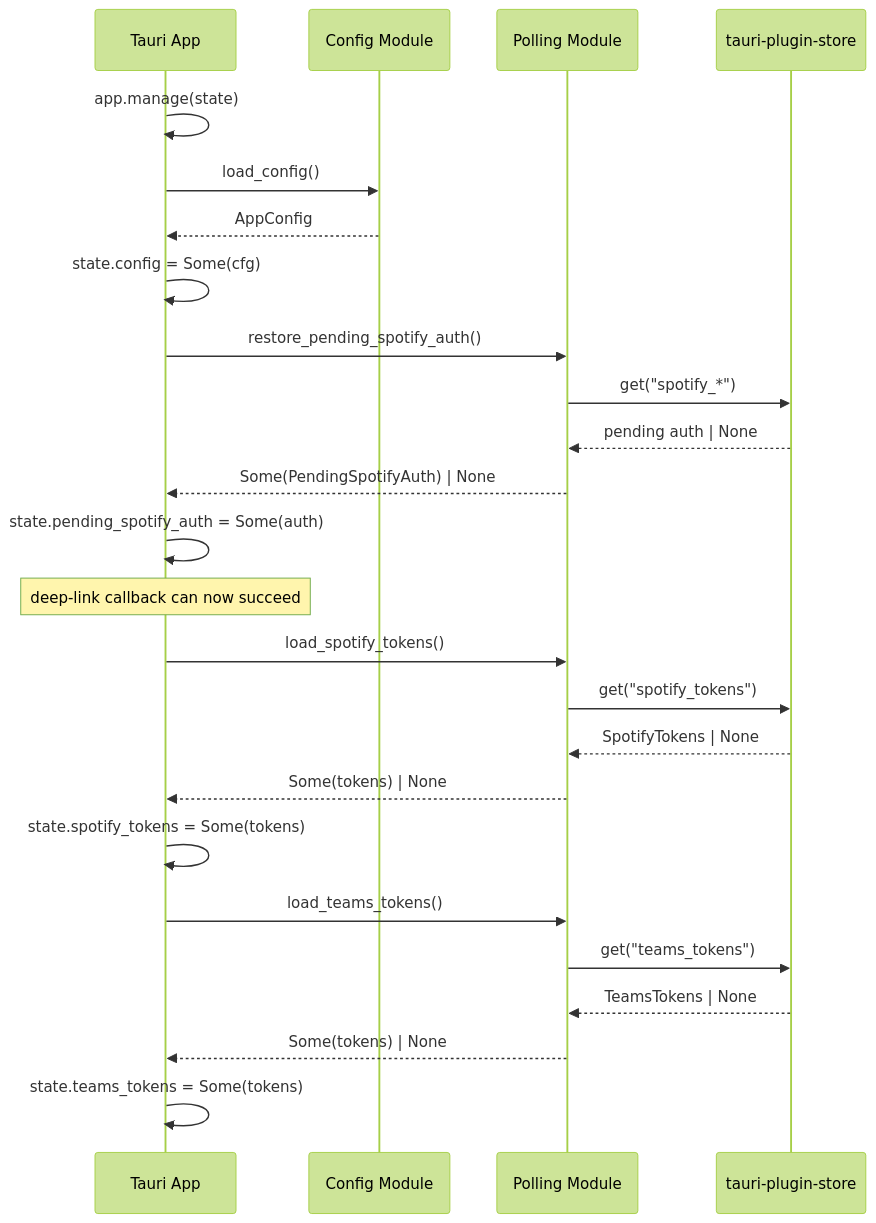
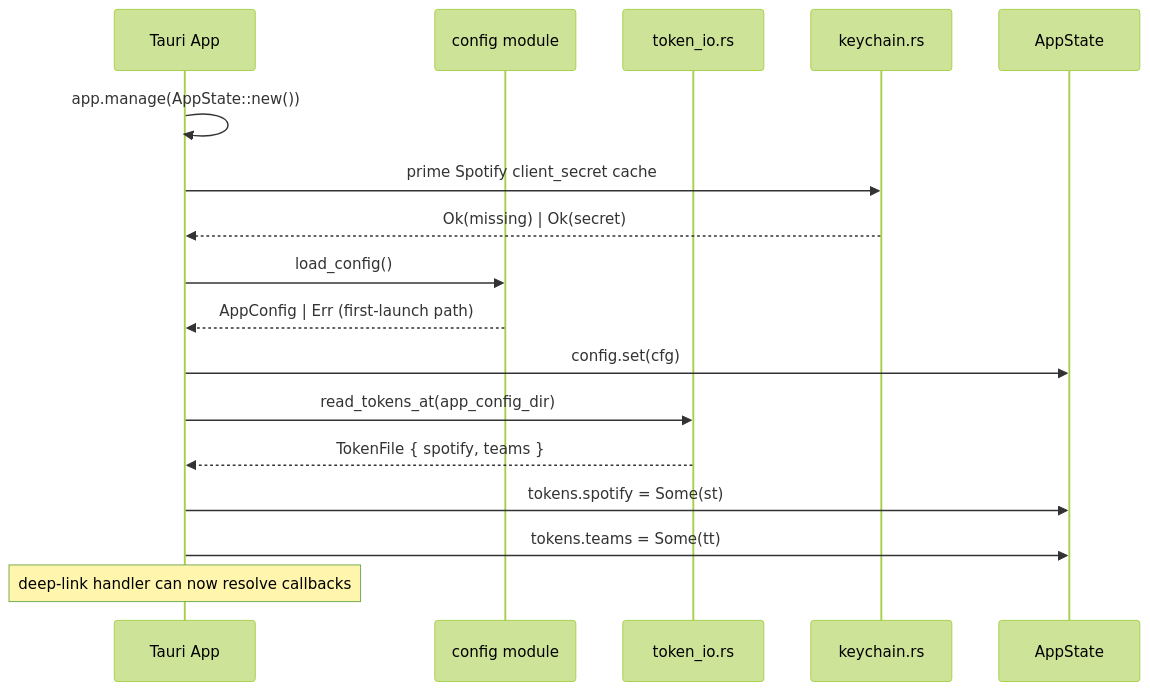
One commit to Carme99/PresenceJam-Desktop changed the fifth of 8 diagrams in ARCHITECTURE.md. Above: the diagram before and after it, drawn with Mermaid (forest theme). The commit also changed other lines of this file, not shown here.

First line of the commit message:
docs(architecture): rewrite to reflect v2.7.0–v2.8.0 codebase reality

````diff
--- a/ARCHITECTURE.md
+++ b/ARCHITECTURE.md
@@ -150,28 +181,20 @@
 ```mermaid
 sequenceDiagram
     participant App as Tauri App
-    participant Config as Config Module
-    participant Polling as Polling Module
-    participant Store as tauri-plugin-store
-    
-    App->>App: app.manage(state)
+    participant Config as config module
+    participant TokenIO as token_io.rs
+    participant Keychain as keychain.rs
+    participant State as AppState
+
+    App->>App: app.manage(AppState::new())
+    App->>Keychain: prime Spotify client_secret cache
+    Keychain-->>App: Ok(missing) | Ok(secret)
     App->>Config: load_config()
-    Config-->>App: AppConfig
-    App->>App: state.config = Some(cfg)
-    App->>Polling: restore_pending_spotify_auth()
-    Polling->>Store: get("spotify_*")
-    Store-->>Polling: pending auth | None
-    Polling-->>App: Some(PendingSpotifyAuth) | None
-    App->>App: state.pending_spotify_auth = Some(auth)
-    Note over App: deep-link callback can now succeed
-    App->>Polling: load_spotify_tokens()
-    Polling->>Store: get("spotify_tokens")
-    Store-->>Polling: SpotifyTokens | None
-    Polling-->>App: Some(tokens) | None
-    App->>App: state.spotify_tokens = Some(tokens)
-    App->>Polling: load_teams_tokens()
-    Polling->>Store: get("teams_tokens")
-    Store-->>Polling: TeamsTokens | None
-    Polling-->>App: Some(tokens) | None
-    App->>App: state.teams_tokens = Some(tokens)
+    Config-->>App: AppConfig | Err (first-launch path)
+    App->>State: config.set(cfg)
+    App->>TokenIO: read_tokens_at(app_config_dir)
+    TokenIO-->>App: TokenFile { spotify, teams }
+    App->>State: tokens.spotify = Some(st)
+    App->>State: tokens.teams = Some(tt)
+    Note over App: deep-link handler can now resolve callbacks
 ```
````
